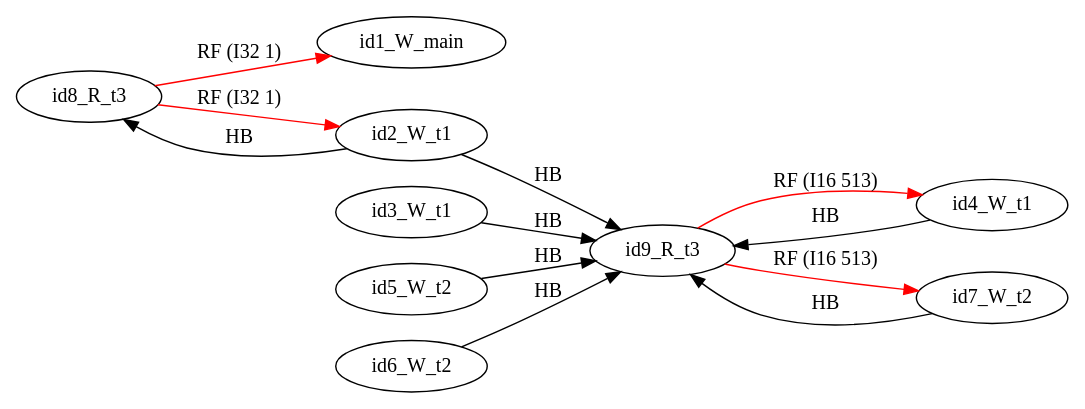
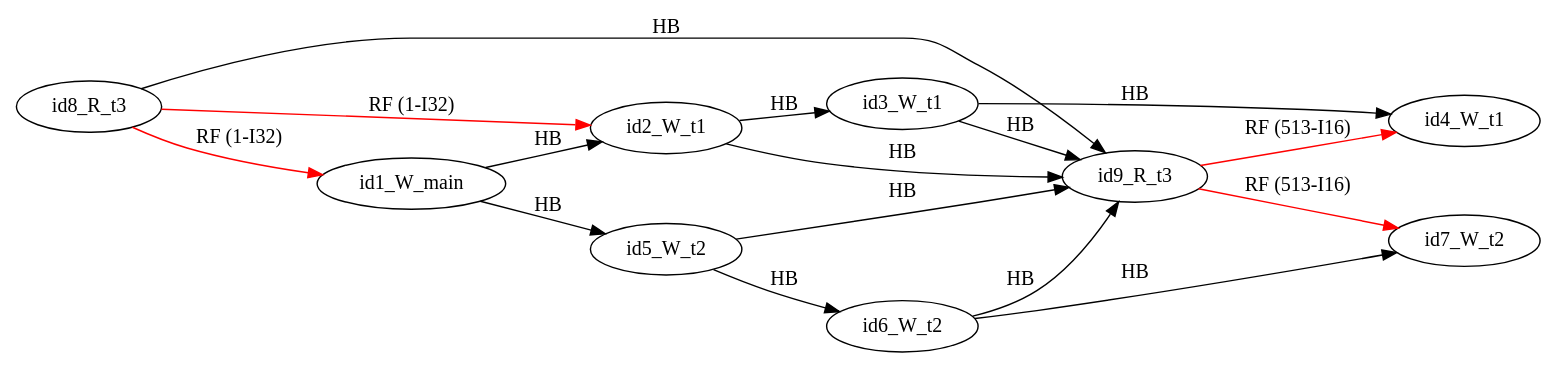
The diagram in examples/single_var/sv_simple20/mm27.dot (FMJS/EMME), drawn with Graphviz before and after one commit. The commit also changed 242 other files, not shown here.

```diff
--- a/examples/single_var/sv_simple20/mm27.dot
+++ b/examples/single_var/sv_simple20/mm27.dot
@@ -1,24 +1,28 @@
 digraph memory_model {
 rankdir=LR;
 splines=true; esep=0.5;
-id8_R_t3 -> id1_W_main [label = "RF (I32 1)", color="red"];
-id8_R_t3 -> id2_W_t1 [label = "RF (I32 1)", color="red"];
-id9_R_t3 -> id4_W_t1 [label = "RF (I16 513)", color="red"];
-id9_R_t3 -> id7_W_t2 [label = "RF (I16 513)", color="red"];
-id2_W_t1 -> id8_R_t3 [label = "HB", color="black"];
+id8_R_t3 -> id1_W_main [label = "RF (1-I32)", color="red"];
+id8_R_t3 -> id2_W_t1 [label = "RF (1-I32)", color="red"];
+id9_R_t3 -> id4_W_t1 [label = "RF (513-I16)", color="red"];
+id9_R_t3 -> id7_W_t2 [label = "RF (513-I16)", color="red"];
+id2_W_t1 -> id3_W_t1 [label = "HB", color="black"];
+id3_W_t1 -> id4_W_t1 [label = "HB", color="black"];
+id5_W_t2 -> id6_W_t2 [label = "HB", color="black"];
+id6_W_t2 -> id7_W_t2 [label = "HB", color="black"];
+id8_R_t3 -> id9_R_t3 [label = "HB", color="black"];
+id1_W_main -> id2_W_t1 [label = "HB", color="black"];
+id1_W_main -> id5_W_t2 [label = "HB", color="black"];
 id2_W_t1 -> id9_R_t3 [label = "HB", color="black"];
 id3_W_t1 -> id9_R_t3 [label = "HB", color="black"];
-id4_W_t1 -> id9_R_t3 [label = "HB", color="black"];
 id5_W_t2 -> id9_R_t3 [label = "HB", color="black"];
 id6_W_t2 -> id9_R_t3 [label = "HB", color="black"];
-id7_W_t2 -> id9_R_t3 [label = "HB", color="black"];
 id1_W_main [pos="5.0,6!"]
 id2_W_t1 [pos="0,4!"]
 id3_W_t1 [pos="0,2!"]
 id4_W_t1 [pos="0,0!"]
 id5_W_t2 [pos="5,4!"]
 id6_W_t2 [pos="5,2!"]
 id7_W_t2 [pos="5,0!"]
 id8_R_t3 [pos="10,4!"]
 id9_R_t3 [pos="10,2!"]
 }
```
